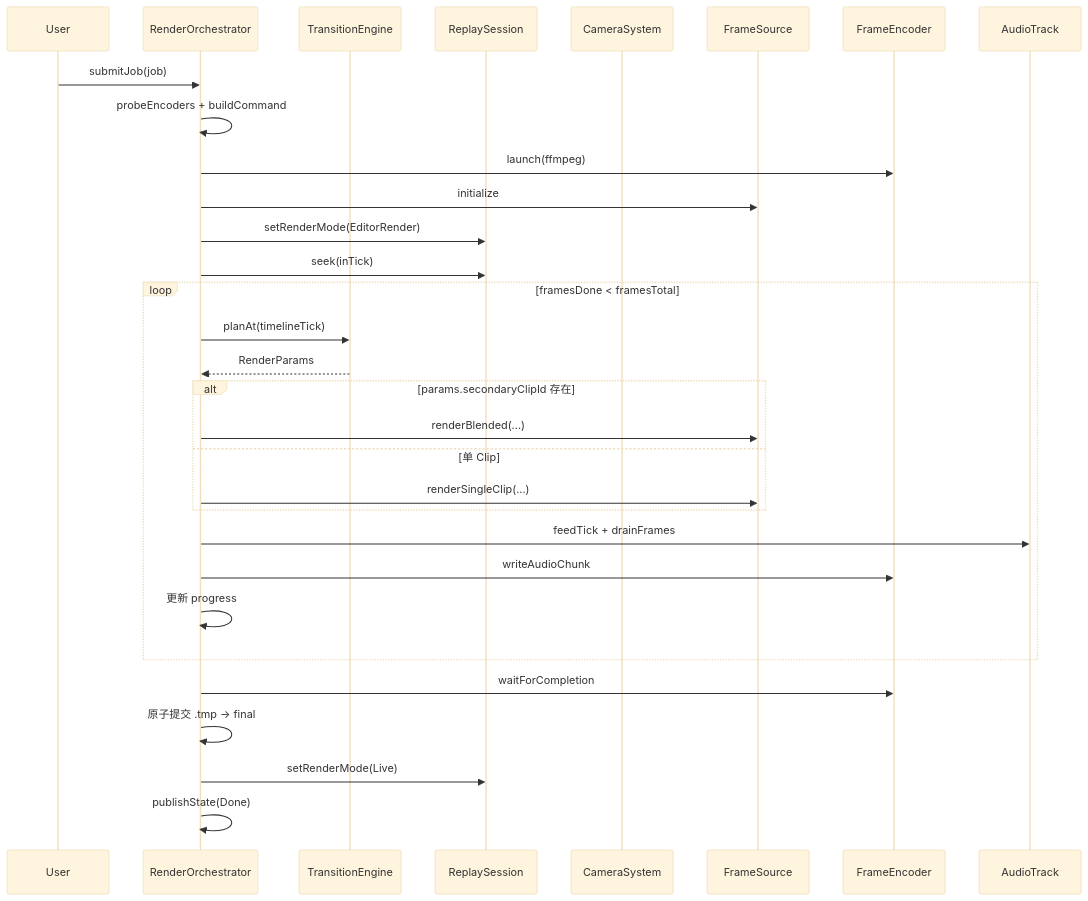
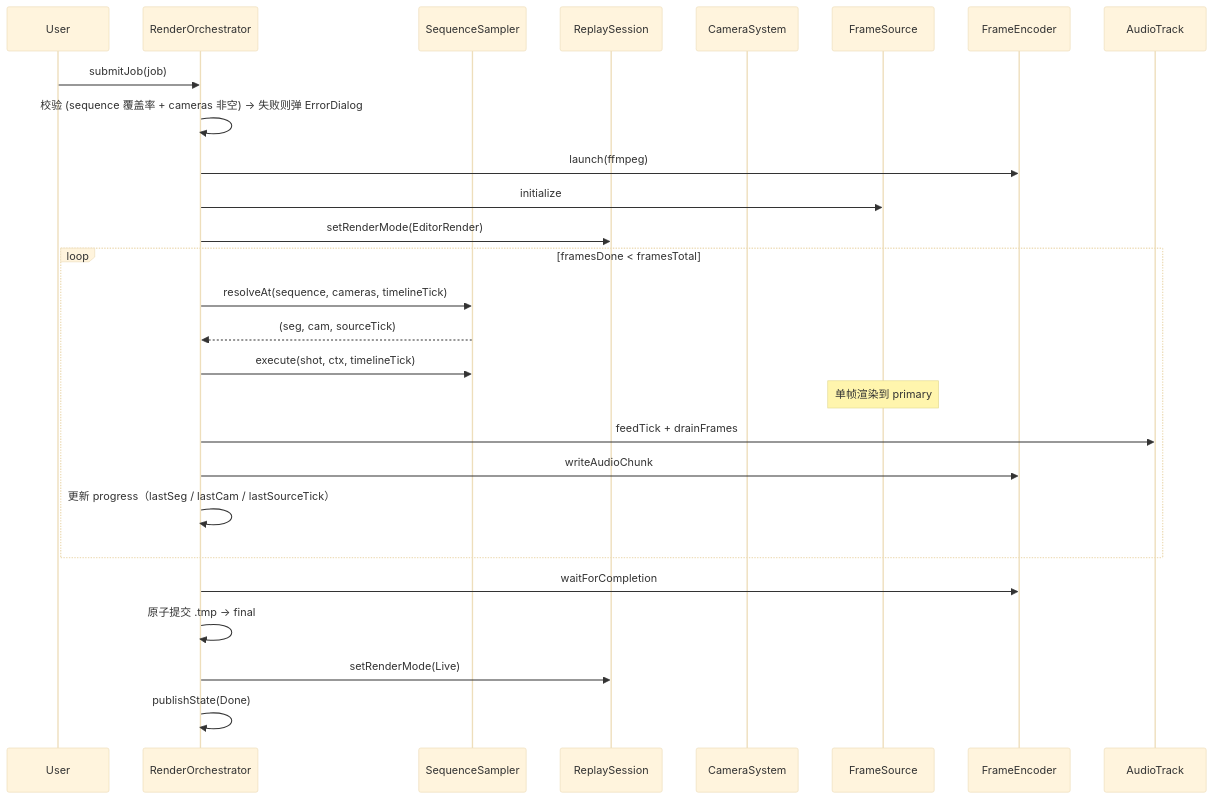
Before and after one commit to Unny984/Playback: the second of 3 diagrams in docs/refactor/05-render-pipeline.md, drawn with Mermaid (base theme). The commit also changed other lines of this file and 7 other files, not shown here.

````diff
--- a/docs/refactor/05-render-pipeline.md
+++ b/docs/refactor/05-render-pipeline.md
@@ -251,36 +293,32 @@
 ```mermaid
 sequenceDiagram
     participant U as User
     participant Orch as RenderOrchestrator
-    participant TE as TransitionEngine
+    participant SS as SequenceSampler
     participant Sess as ReplaySession
     participant Cam as CameraSystem
     participant FS as FrameSource
     participant FE as FrameEncoder
     participant AT as AudioTrack
 
     U->>Orch: submitJob(job)
-    Orch->>Orch: probeEncoders + buildCommand
+    Orch->>Orch: 校验 (sequence 覆盖率 + cameras 非空) → 失败则弹 ErrorDialog
     Orch->>FE: launch(ffmpeg)
     Orch->>FS: initialize
     Orch->>Sess: setRenderMode(EditorRender)
-    Orch->>Sess: seek(inTick)
 
     loop framesDone < framesTotal
-        Orch->>TE: planAt(timelineTick)
-        TE-->>Orch: RenderParams
-        alt params.secondaryClipId 存在
-            Orch->>FS: renderBlended(...)
-        else 单 Clip
-            Orch->>FS: renderSingleClip(...)
-        end
+        Orch->>SS: resolveAt(sequence, cameras, timelineTick)
+        SS-->>Orch: (seg, cam, sourceTick)
+        Orch->>SS: execute(shot, ctx, timelineTick)
+        Note over FS: 单帧渲染到 primary
         Orch->>AT: feedTick + drainFrames
         Orch->>FE: writeAudioChunk
-        Orch->>Orch: 更新 progress
+        Orch->>Orch: 更新 progress（lastSeg / lastCam / lastSourceTick）
     end
 
     Orch->>FE: waitForCompletion
     Orch->>Orch: 原子提交 .tmp → final
     Orch->>Sess: setRenderMode(Live)
     Orch->>Orch: publishState(Done)
 ```
````
